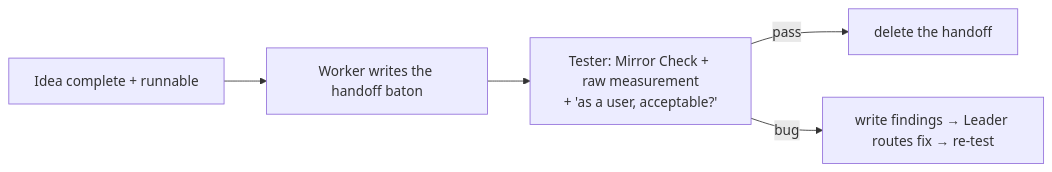
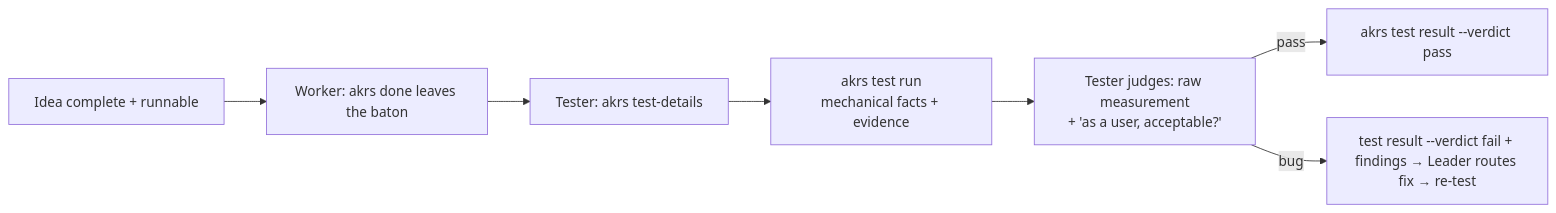
One commit to asadeisa/akrs changed the fifth of 7 diagrams in docs/guides/ROUTING-FLOW.md. Above: the diagram before and after it, drawn with Mermaid. The commit also changed other lines of this file and 35 other files, not shown here.

````diff
--- a/docs/guides/ROUTING-FLOW.md
+++ b/docs/guides/ROUTING-FLOW.md
@@ -137,7 +140,9 @@
 ```mermaid
 flowchart LR
-    Idea[Idea complete + runnable] --> H[Worker writes the handoff baton]
-    H --> V[Tester: Mirror Check + raw measurement<br/>+ 'as a user, acceptable?']
-    V -->|pass| D[delete the handoff]
-    V -->|bug| F[write findings → Leader routes fix → re-test]
+    Idea[Idea complete + runnable] --> H[Worker: akrs done leaves the baton]
+    H --> D[Tester: akrs test-details]
+    D --> R[akrs test run<br/>mechanical facts + evidence]
+    R --> V[Tester judges: raw measurement<br/>+ 'as a user, acceptable?']
+    V -->|pass| P[akrs test result --verdict pass]
+    V -->|bug| F[test result --verdict fail + findings → Leader routes fix → re-test]
 ```
````
